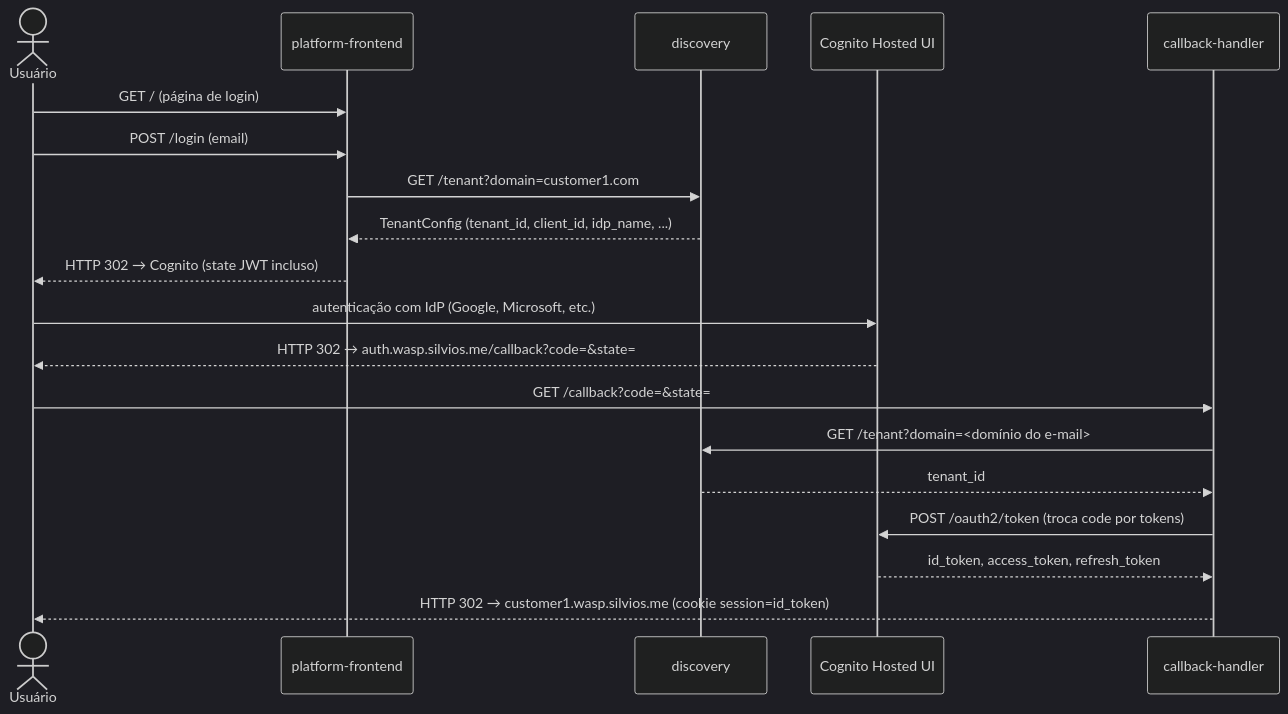
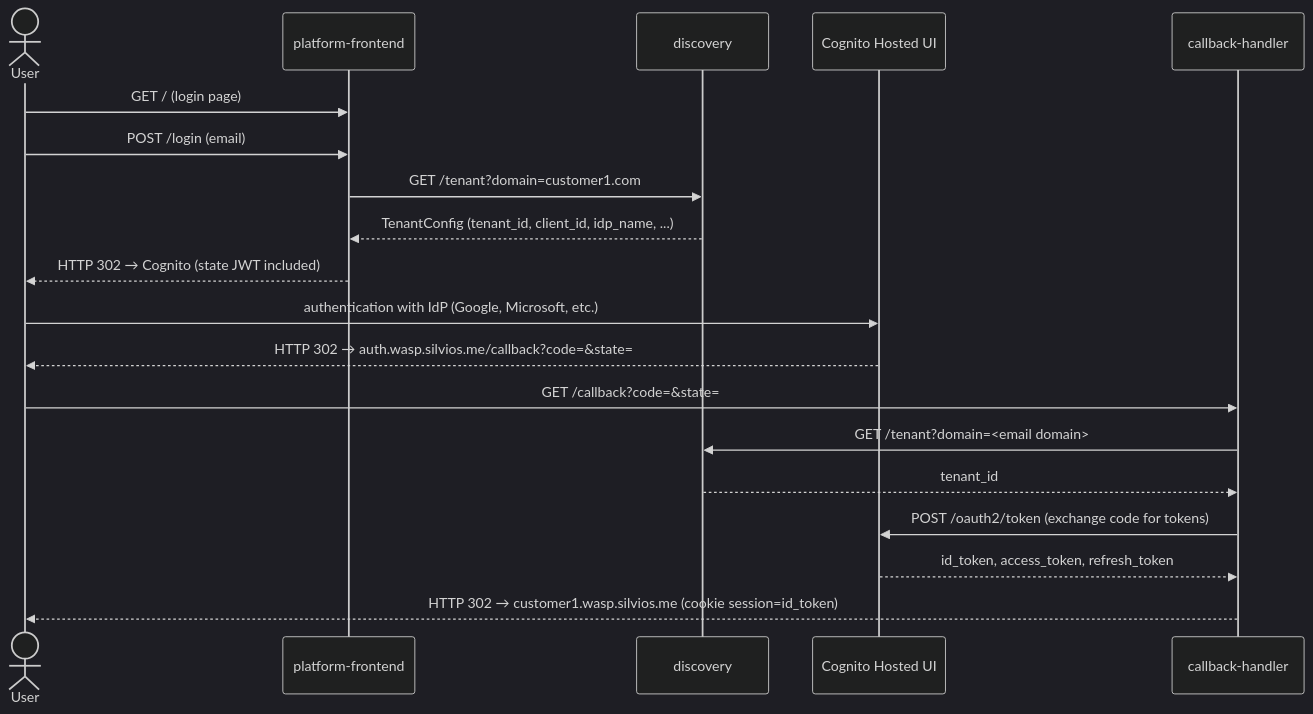
Before and after one commit to smsilva/aws-saas-platform: the diagram in docs/servicos/index.md, drawn with Mermaid (dark theme). The commit also changed other lines of this file and 26 other files, not shown here.

````diff
--- a/docs/servicos/index.md
+++ b/docs/servicos/index.md
@@ -7,22 +7,22 @@
 ```mermaid
 sequenceDiagram
-    actor U as Usuário
+    actor U as User
     participant PF as platform-frontend
     participant DS as discovery
     participant CG as Cognito Hosted UI
     participant CB as callback-handler
 
-    U->>PF: GET / (página de login)
+    U->>PF: GET / (login page)
     U->>PF: POST /login (email)
     PF->>DS: GET /tenant?domain=customer1.com
     DS-->>PF: TenantConfig (tenant_id, client_id, idp_name, ...)
-    PF-->>U: HTTP 302 → Cognito (state JWT incluso)
-    U->>CG: autenticação com IdP (Google, Microsoft, etc.)
+    PF-->>U: HTTP 302 → Cognito (state JWT included)
+    U->>CG: authentication with IdP (Google, Microsoft, etc.)
     CG-->>U: HTTP 302 → auth.wasp.silvios.me/callback?code=&state=
     U->>CB: GET /callback?code=&state=
-    CB->>DS: GET /tenant?domain=<domínio do e-mail>
+    CB->>DS: GET /tenant?domain=<email domain>
     DS-->>CB: tenant_id
-    CB->>CG: POST /oauth2/token (troca code por tokens)
+    CB->>CG: POST /oauth2/token (exchange code for tokens)
     CG-->>CB: id_token, access_token, refresh_token
     CB-->>U: HTTP 302 → customer1.wasp.silvios.me (cookie session=id_token)
 ```
````
